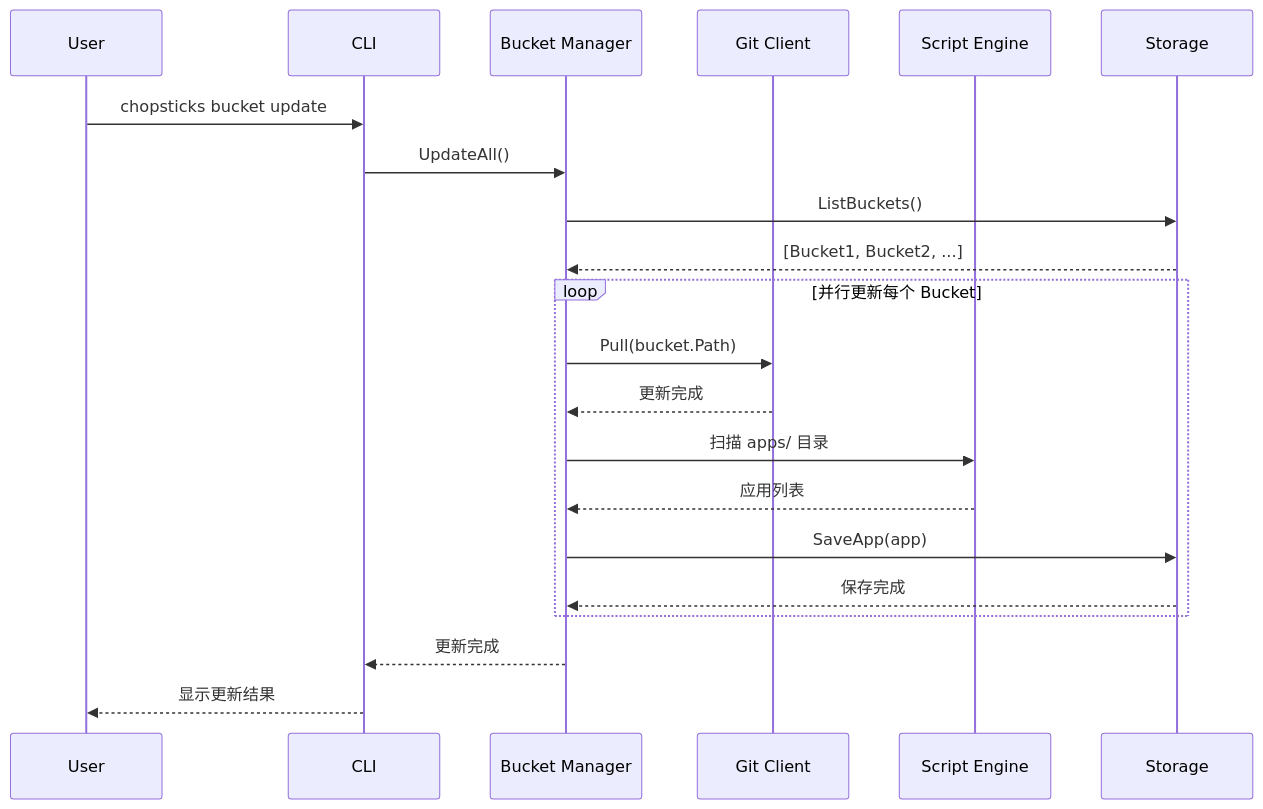
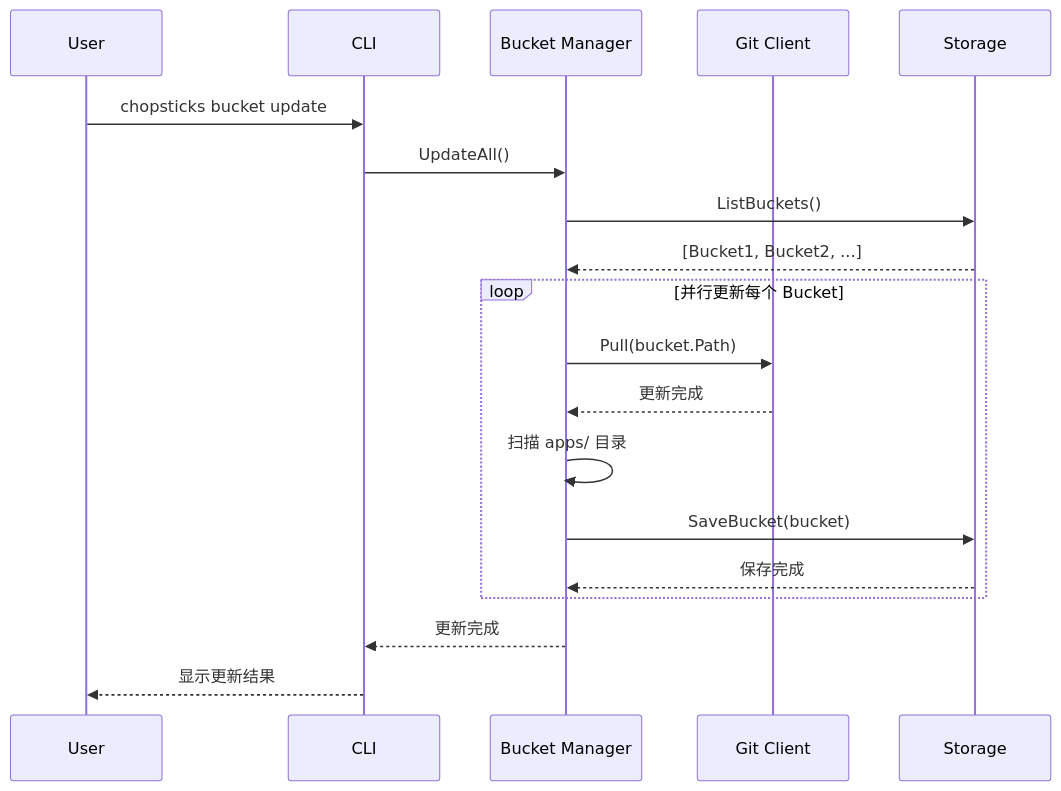
Before and after one commit to morning-start/chopsticks: the third of 4 diagrams in wiki/ARCHITECTURE.md, drawn with Mermaid. The commit also changed other lines of this file and 4 other files, not shown here.

````diff
--- a/wiki/ARCHITECTURE.md
+++ b/wiki/ARCHITECTURE.md
@@ -476,29 +446,26 @@
 ```mermaid
 sequenceDiagram
     participant User
     participant CLI
     participant BucketMgr as Bucket Manager
     participant Git as Git Client
-    participant Engine as Script Engine
     participant Store as Storage
 
     User->>CLI: chopsticks bucket update
     CLI->>BucketMgr: UpdateAll()
 
     BucketMgr->>Store: ListBuckets()
     Store-->>BucketMgr: [Bucket1, Bucket2, ...]
 
     loop 并行更新每个 Bucket
         BucketMgr->>Git: Pull(bucket.Path)
         Git-->>BucketMgr: 更新完成
 
-        BucketMgr->>Engine: 扫描 apps/ 目录
-        Engine-->>BucketMgr: 应用列表
-
-        BucketMgr->>Store: SaveApp(app)
+        BucketMgr->>BucketMgr: 扫描 apps/ 目录
+        BucketMgr->>Store: SaveBucket(bucket)
         Store-->>BucketMgr: 保存完成
     end
 
     BucketMgr-->>CLI: 更新完成
     CLI-->>User: 显示更新结果
 ```
````
